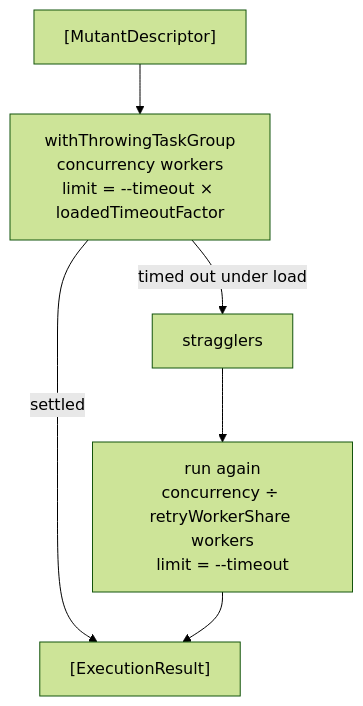
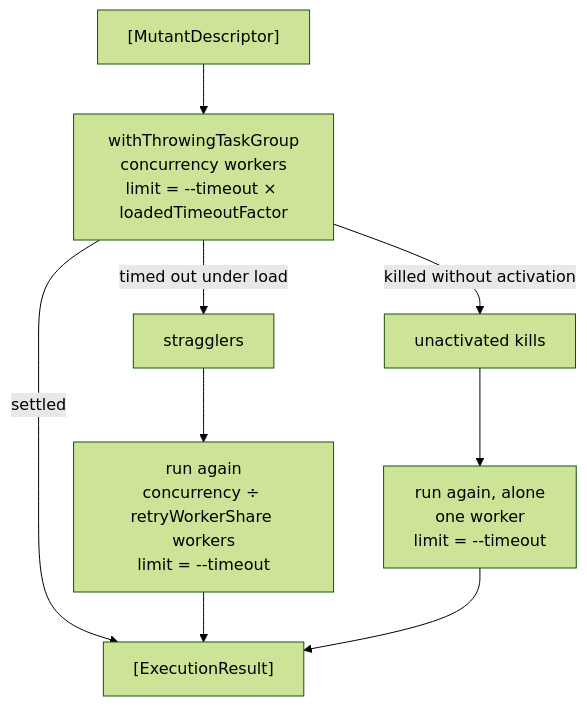
Before and after one commit to C24-Bank/swift-mutation-testing: the third of 6 diagrams in Docs/CodeBase/07-execution.md, drawn with Mermaid (forest theme). The commit also changed other lines of this file and 9 other files, not shown here.

Commit message:
docs: describe the integrity warning gate policy and the rerun of kills without activation

````diff
--- a/Docs/CodeBase/07-execution.md
+++ b/Docs/CodeBase/07-execution.md
@@ -204,8 +206,11 @@
 ```mermaid
 flowchart TD
     MUTANTS["[MutantDescriptor]"] --> GROUP["withThrowingTaskGroup\nconcurrency workers\nlimit = --timeout × loadedTimeoutFactor"]
     GROUP -- settled --> RESULTS["[ExecutionResult]"]
     GROUP -- timed out under load --> STRAGGLERS[stragglers]
     STRAGGLERS --> AGAIN["run again\nconcurrency ÷ retryWorkerShare workers\nlimit = --timeout"]
     AGAIN --> RESULTS
+    GROUP -- killed without activation --> UNACTIVATED[unactivated kills]
+    UNACTIVATED --> ALONE["run again, alone\none worker\nlimit = --timeout"]
+    ALONE --> RESULTS
 ```
````
